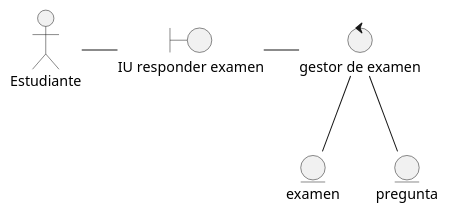
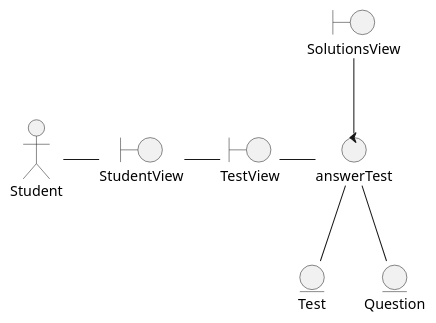
One commit to MiguelCiav/Uhuru changed the diagram in docs/logicalView/analisysView/classAnalisys/clase_analisis_CU2.plantuml. Above: the diagram before and after it, drawn with PlantUML. The commit also changed 23 other files, not shown here.

Commit message:
Correción de diagrama de casos de análisis

```diff
--- a/docs/logicalView/analisysView/classAnalisys/clase_analisis_CU2.plantuml
+++ b/docs/logicalView/analisysView/classAnalisys/clase_analisis_CU2.plantuml
@@ -1,14 +1,18 @@
 @startuml clase_analisis 
 
-actor Estudiante
-boundary "IU responder examen" as responder_examen
-control "gestor de examen" as controlador 
-entity examen
-entity pregunta
+actor Student as Estudiante
+boundary "StudentView" as vista_estudiante
+boundary "TestView" as responder_examen
+boundary "SolutionsView" as soluciones
+control "answerTest" as controlador 
+entity Test as examen
+entity Question as pregunta
 
-Estudiante -r- responder_examen
+Estudiante -r- vista_estudiante
+vista_estudiante -r- responder_examen
 responder_examen -r- controlador
+controlador -u- soluciones
 controlador -- examen
 controlador -- pregunta
 
 @enduml
```
